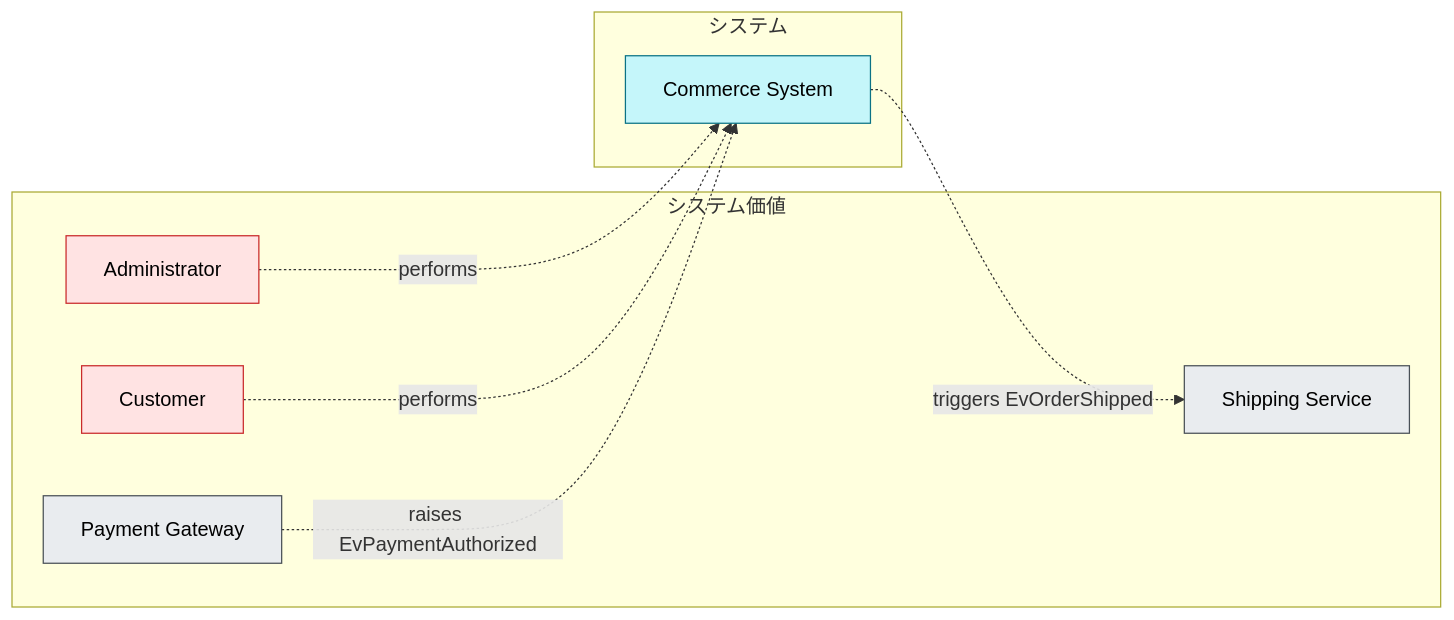
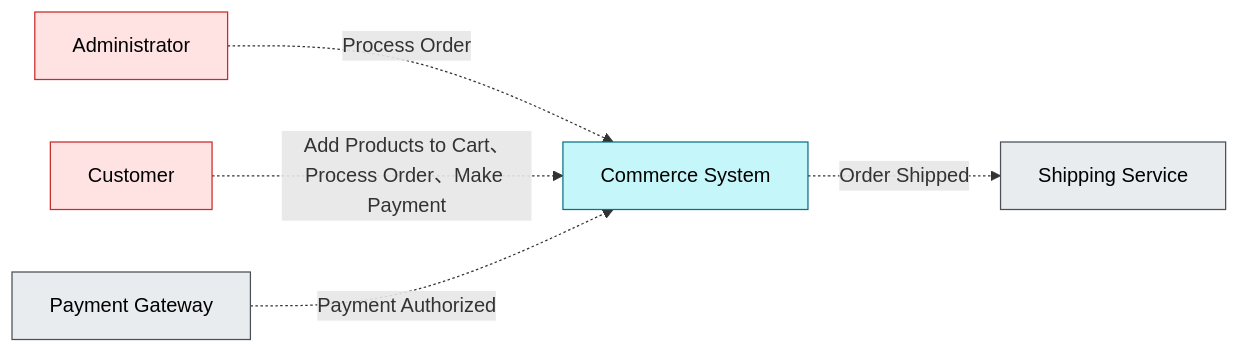
Before and after one commit to manji-0/rdra-ish-dsl: the diagram in samples/ec-site/out/context.mmd, drawn with Mermaid. The commit also changed 10 other files, not shown here.

```diff
--- a/samples/ec-site/out/context.mmd
+++ b/samples/ec-site/out/context.mmd
@@ -1,25 +1,20 @@
 %% rdra-ish diagram=context scope=whole model=samples/ec-site
-%% layers: value=システム価値 system=システム
 %% kinds: actor extsystem system
 %% omitted: buc usecase event
 flowchart LR
-  subgraph layer_value["システム価値"]
-    actor__Admin["Administrator"]:::actor
-    actor__Customer["Customer"]:::actor
-    extsystem__PaymentGW["Payment Gateway"]:::extsystem
-    extsystem__ShippingSvc["Shipping Service"]:::extsystem
-  end
-  subgraph layer_system["システム"]
-    system__CommerceSystem["Commerce System"]:::system
-  end
-  actor__Admin -.->|performs| system__CommerceSystem
-  %% derived actor__Admin -> system__CommerceSystem via usecase__DeliverOrder,usecase__ShipOrder
-  actor__Customer -.->|performs| system__CommerceSystem
+  actor__Admin["Administrator"]:::actor
+  actor__Customer["Customer"]:::actor
+  extsystem__PaymentGW["Payment Gateway"]:::extsystem
+  extsystem__ShippingSvc["Shipping Service"]:::extsystem
+  system__CommerceSystem["Commerce System"]:::system
+  actor__Admin -.->|Process Order| system__CommerceSystem
+  %% derived actor__Admin -> system__CommerceSystem via buc__BucOrder
+  actor__Customer -.->|Add Products to Cart、Process Order、Make Payment| system__CommerceSystem
   %% derived actor__Customer -> system__CommerceSystem via buc__BucCart,buc__BucOrder,buc__BucPayment
-  extsystem__PaymentGW -.->|raises EvPaymentAuthorized| system__CommerceSystem
+  extsystem__PaymentGW -.->|Payment Authorized| system__CommerceSystem
   %% derived extsystem__PaymentGW -> system__CommerceSystem via event__EvPaymentAuthorized
-  system__CommerceSystem -.->|triggers EvOrderShipped| extsystem__ShippingSvc
+  system__CommerceSystem -.->|Order Shipped| extsystem__ShippingSvc
   %% derived system__CommerceSystem -> extsystem__ShippingSvc via event__EvOrderShipped
   classDef actor fill:#ffe3e3,stroke:#c92a2a,color:#000;
   classDef extsystem fill:#e9ecef,stroke:#495057,color:#000;
   classDef system fill:#c5f6fa,stroke:#0b7285,color:#000;
```
